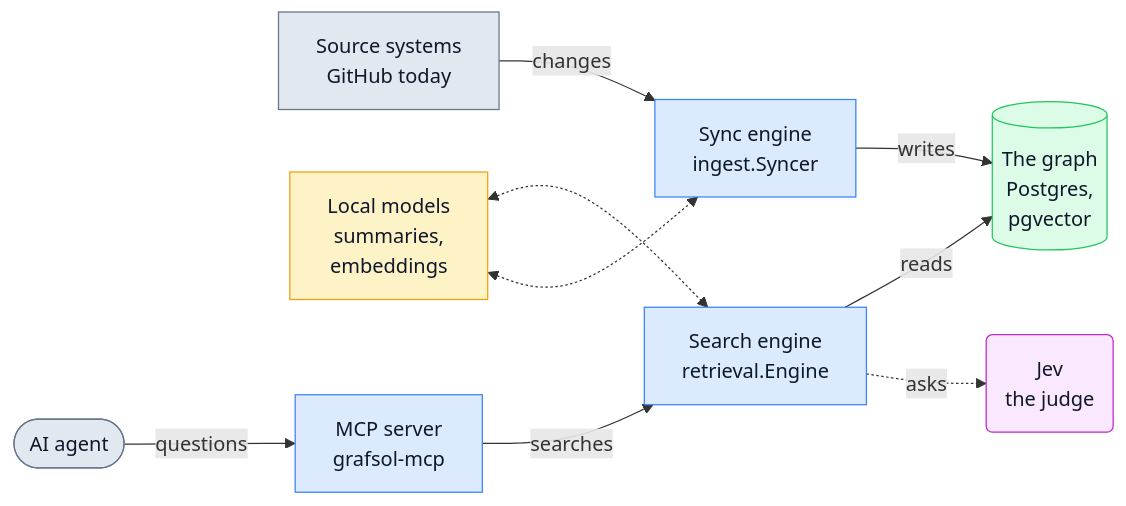
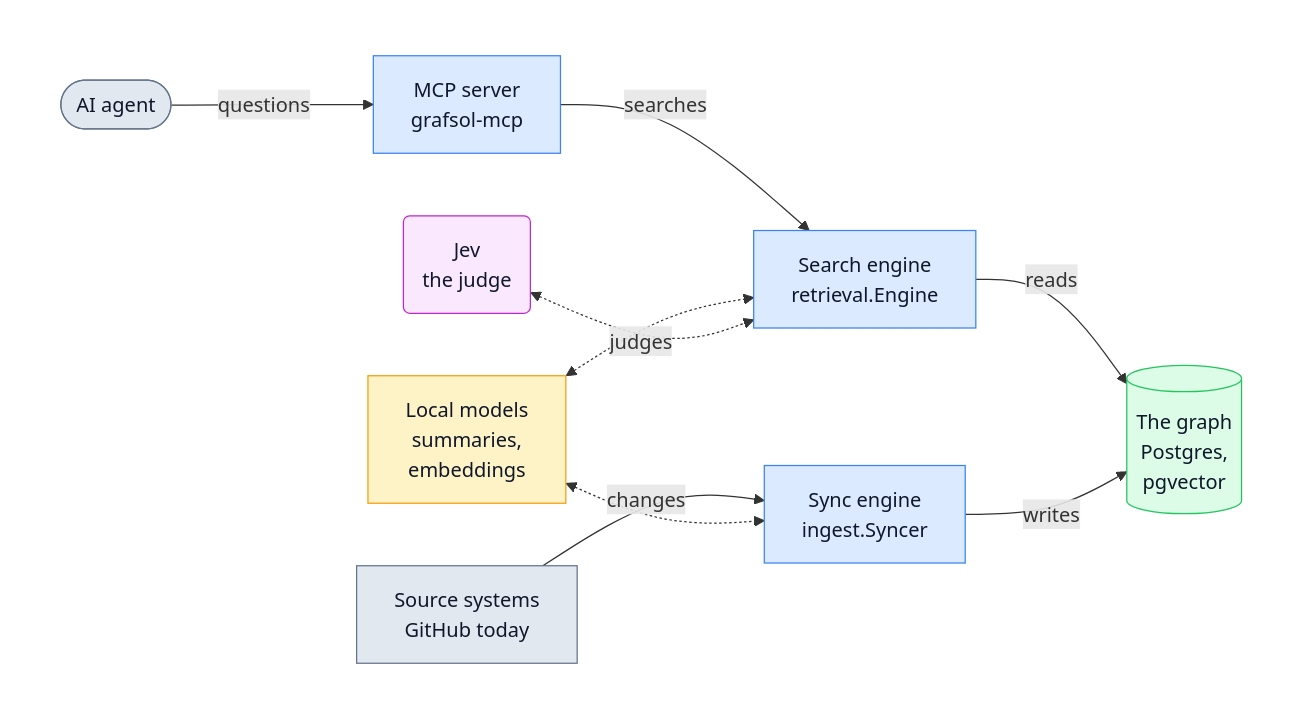
The first of 7 diagrams in README.md (umran/grafsol), drawn with Mermaid before and after one commit. The commit also changed other lines of this file, not shown here.

First line of the commit message:
Keep the diagrams clear of GitHub's zoom buttons

````diff
--- a/README.md
+++ b/README.md
@@ -40,26 +40,32 @@
 ```mermaid
-flowchart LR
-    agent(["AI agent"]):::outside
-    sources["Source systems<br/>GitHub today"]:::outside
-    local["Local models<br/>summaries,<br/>embeddings"]:::local
-    mcp["MCP server<br/>grafsol-mcp"]:::code
-    syncer["Sync engine<br/>ingest.Syncer"]:::code
-    engine["Search engine<br/>retrieval.Engine"]:::code
-    store[("The graph<br/>Postgres,<br/>pgvector")]:::data
-    jev("Jev<br/>the judge"):::paid
+flowchart TB
+    subgraph all[" "]
+        direction LR
+        agent(["AI agent"]):::outside
+        sources["Source systems<br/>GitHub today"]:::outside
+        local["Local models<br/>summaries,<br/>embeddings"]:::local
+        mcp["MCP server<br/>grafsol-mcp"]:::code
+        syncer["Sync engine<br/>ingest.Syncer"]:::code
+        engine["Search engine<br/>retrieval.Engine"]:::code
+        store[("The graph<br/>Postgres,<br/>pgvector")]:::data
+        jev("Jev<br/>the judge"):::paid
 
-    agent -- "questions" --> mcp
-    mcp -- "searches" --> engine
-    engine -- "reads" --> store
-    engine -. "asks" .-> jev
-    sources -- "changes" --> syncer
-    syncer -- "writes" --> store
-    local <-.-> engine
-    local <-.-> syncer
+        agent -- "questions" --> mcp
+        mcp -- "searches" --> engine
+        engine -- "reads" --> store
+        sources -- "changes" --> syncer
+        syncer -- "writes" --> store
+        local <-.-> engine
+        local <-.-> syncer
+        jev <-. "judges" .-> engine
+    end
+
+    %% GitHub lays its zoom buttons over the bottom right corner, which this layout leaves empty.
 
     classDef outside fill:#e2e8f0,stroke:#64748b,color:#0f172a
     classDef code fill:#dbeafe,stroke:#3b82f6,color:#0f172a
     classDef data fill:#dcfce7,stroke:#22c55e,color:#0f172a
     classDef local fill:#fef3c7,stroke:#f59e0b,color:#0f172a
     classDef paid fill:#fae8ff,stroke:#c026d3,color:#0f172a
+    style all fill:none,stroke:none
 ```
````
